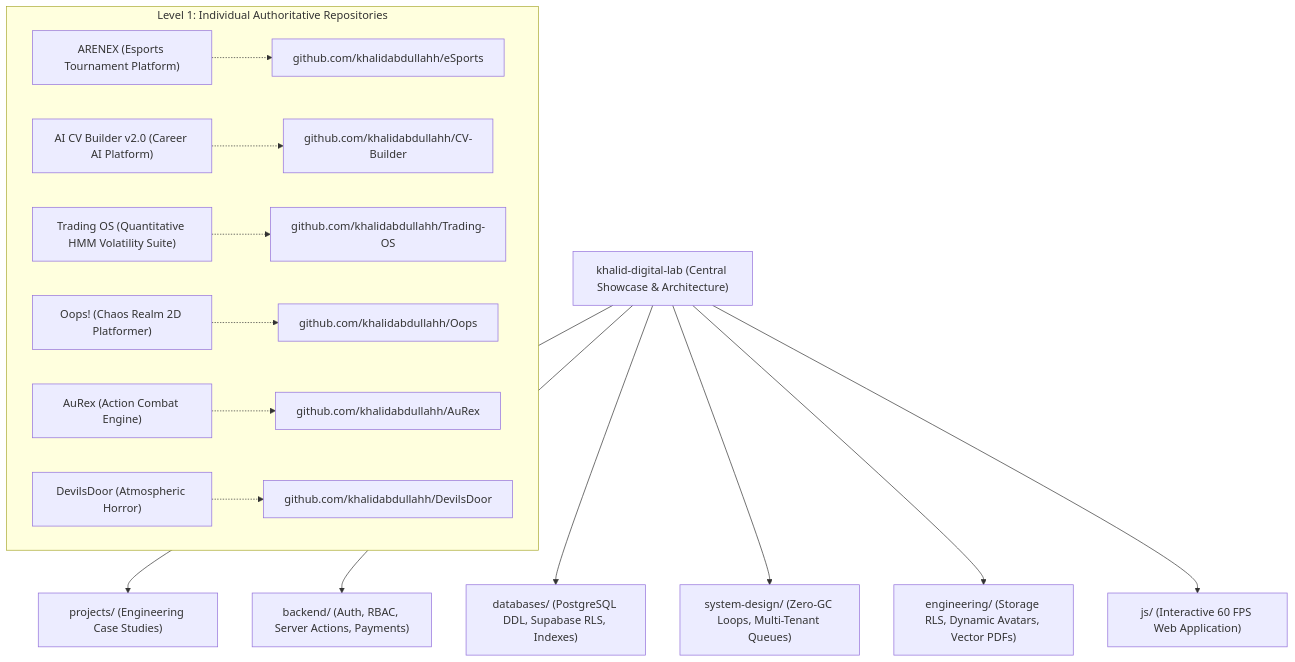
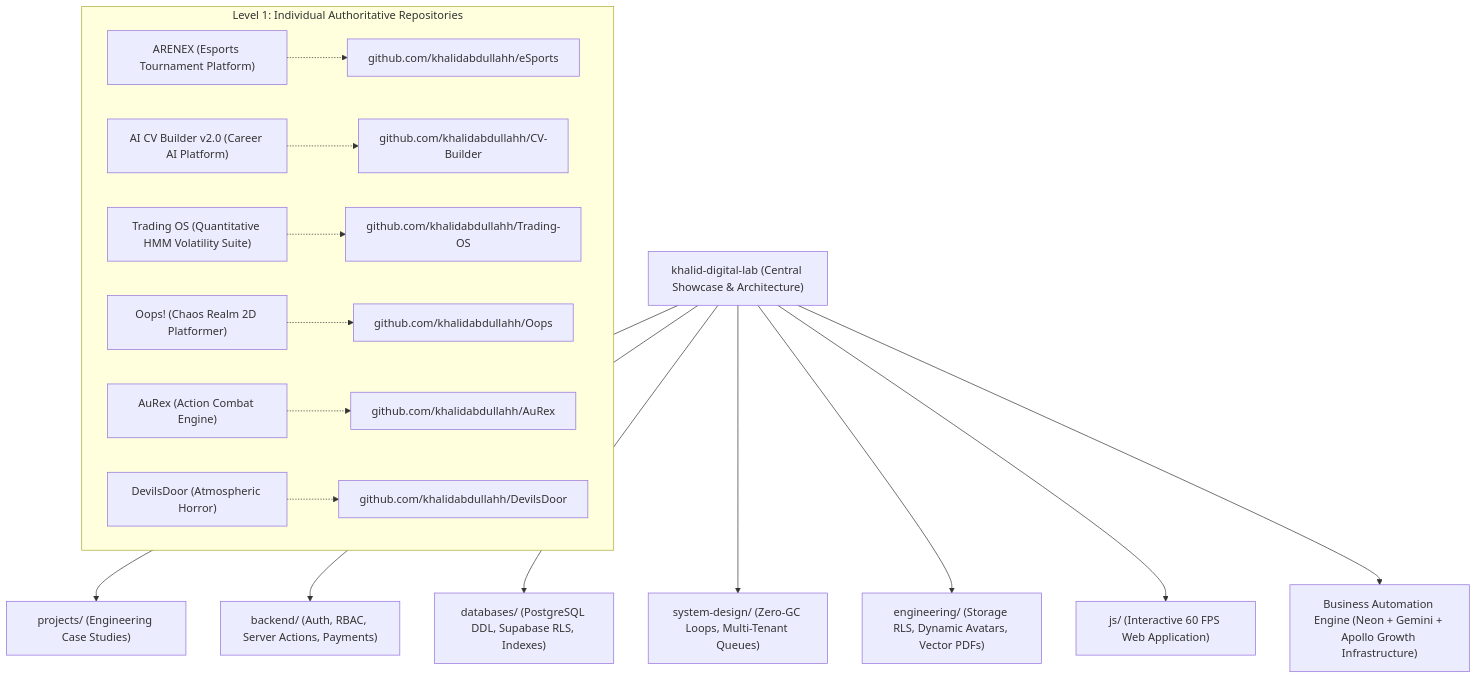
Before and after one commit to khalidabdullahh/khalid-digital-lab: the diagram in README.md, drawn with Mermaid. The commit also changed other lines of this file and 76 other files, not shown here.

Commit message:
feat: implement Trading OS Business Automation Engine with Neon PostgreSQL, Gemini 3.6 Flash, Instantly v2, and n8n visual workflow studio

````diff
--- a/README.md
+++ b/README.md
@@ -16,18 +144,19 @@
 ```mermaid
 graph TD
     A["khalid-digital-lab (Central Showcase & Architecture)"] --> B["projects/ (Engineering Case Studies)"]
     A --> C["backend/ (Auth, RBAC, Server Actions, Payments)"]
     A --> D["databases/ (PostgreSQL DDL, Supabase RLS, Indexes)"]
     A --> E["system-design/ (Zero-GC Loops, Multi-Tenant Queues)"]
     A --> F["engineering/ (Storage RLS, Dynamic Avatars, Vector PDFs)"]
     A --> G["js/ (Interactive 60 FPS Web Application)"]
+    A --> H["Business Automation Engine (Neon + Gemini + Apollo Growth Infrastructure)"]
 
     subgraph "Level 1: Individual Authoritative Repositories"
         B1["ARENEX (Esports Tournament Platform)"] -.-> R1["github.com/khalidabdullahh/eSports"]
         B2["AI CV Builder v2.0 (Career AI Platform)"] -.-> R2["github.com/khalidabdullahh/CV-Builder"]
         B3["Trading OS (Quantitative HMM Volatility Suite)"] -.-> R3["github.com/khalidabdullahh/Trading-OS"]
         B4["Oops! (Chaos Realm 2D Platformer)"] -.-> R4["github.com/khalidabdullahh/Oops"]
         B5["AuRex (Action Combat Engine)"] -.-> R5["github.com/khalidabdullahh/AuRex"]
         B6["DevilsDoor (Atmospheric Horror)"] -.-> R6["github.com/khalidabdullahh/DevilsDoor"]
     end
 ```
````
